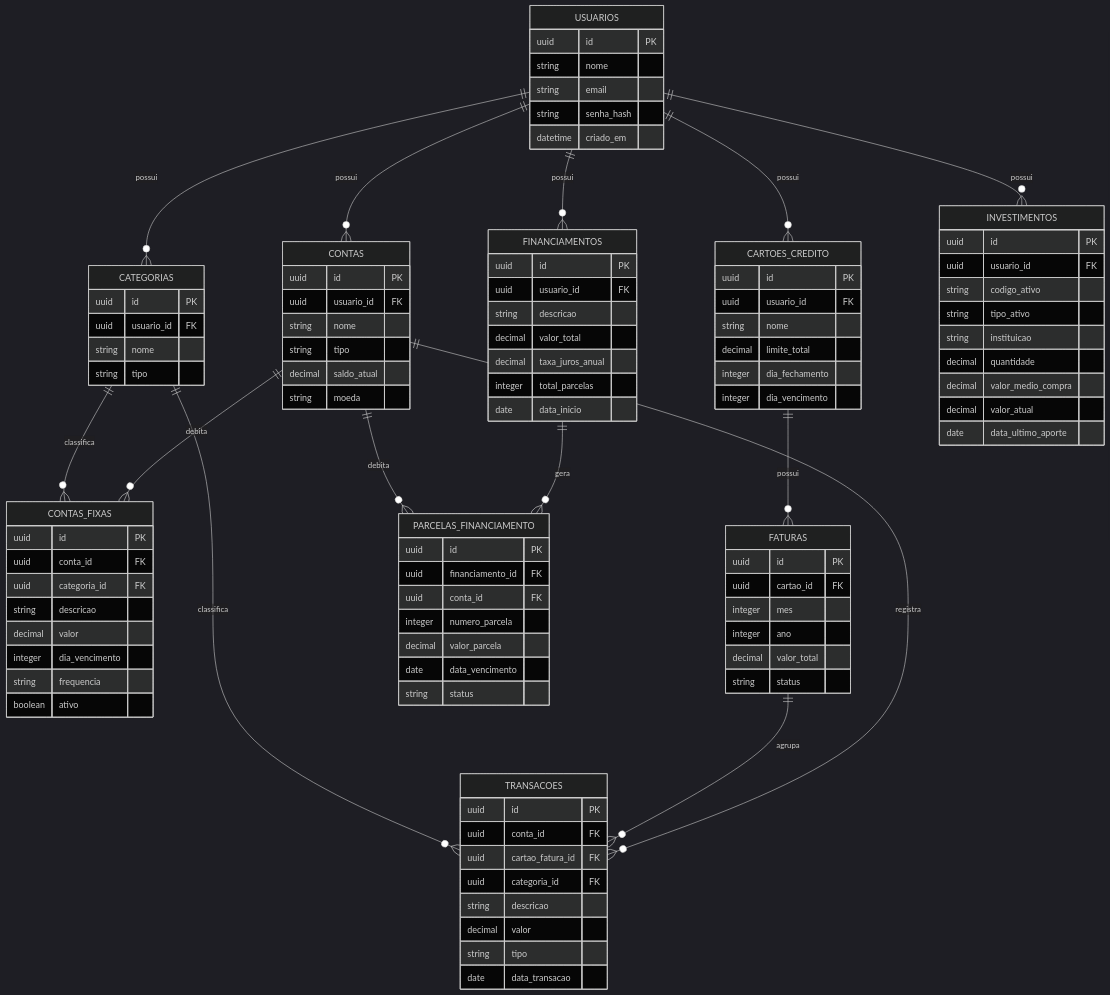
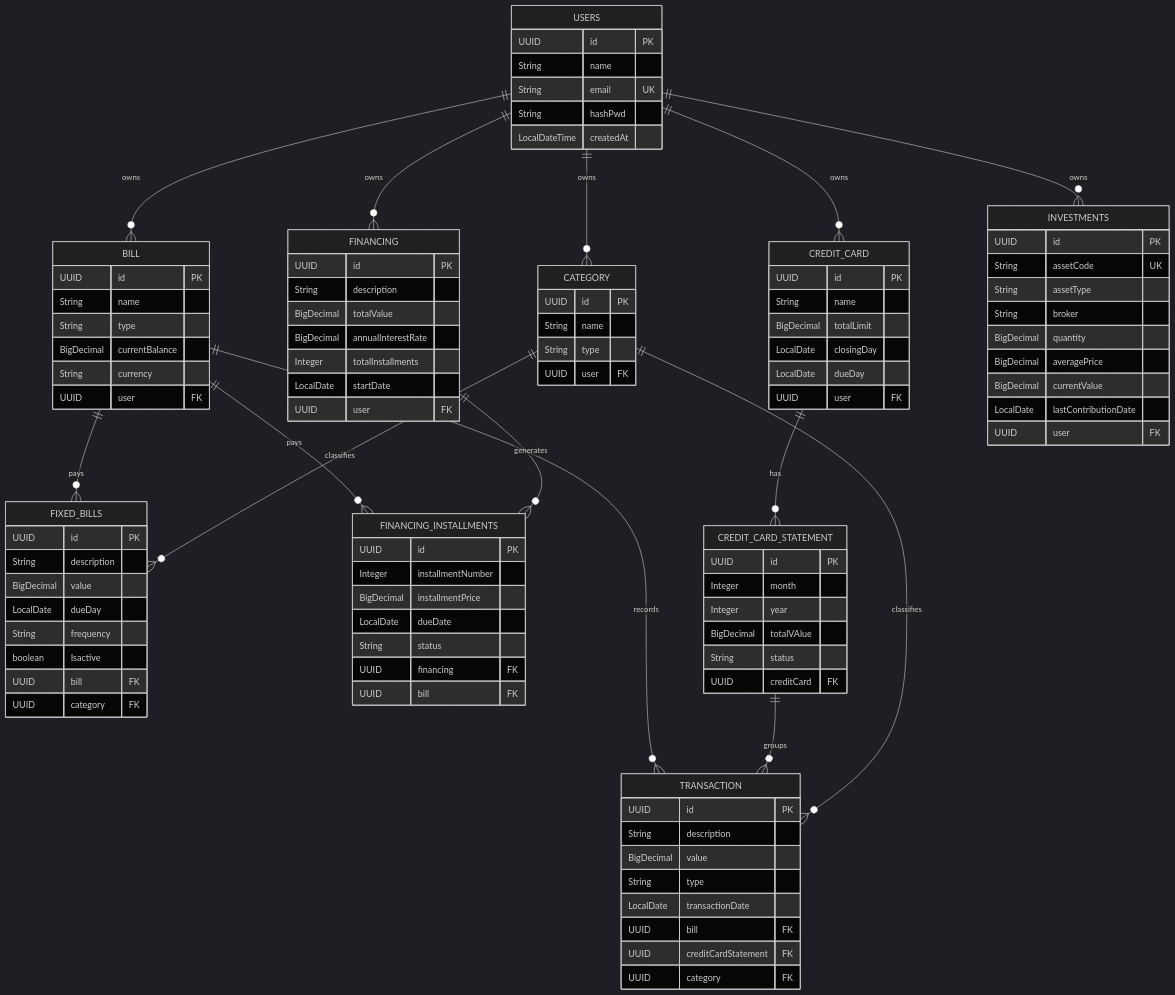
One commit to iamytz/Vaultify changed the diagram in README.md. Above: the diagram before and after it, drawn with Mermaid (dark theme).

````diff
--- a/README.md
+++ b/README.md
@@ -10,115 +9,116 @@
 ```mermaid
 erDiagram
-    USUARIOS ||--o{ CONTAS : possui
-    USUARIOS ||--o{ CARTOES_CREDITO : possui
-    USUARIOS ||--o{ CATEGORIAS : possui
-    USUARIOS ||--o{ FINANCIAMENTOS : possui
-    USUARIOS ||--o{ INVESTIMENTOS : possui
-    
-    CONTAS ||--o{ TRANSACOES : registra
-    CONTAS ||--o{ CONTAS_FIXAS : debita
-    CARTOES_CREDITO ||--o{ FATURAS : possui
-    
-    FATURAS ||--o{ TRANSACOES : agrupa
-    CATEGORIAS ||--o{ TRANSACOES : classifica
-    CATEGORIAS ||--o{ CONTAS_FIXAS : classifica
-    
-    FINANCIAMENTOS ||--o{ PARCELAS_FINANCIAMENTO : gera
-    CONTAS ||--o{ PARCELAS_FINANCIAMENTO : debita
+    USERS ||--o{ BILL : owns
+    USERS ||--o{ CREDIT_CARD : owns
+    USERS ||--o{ CATEGORY : owns
+    USERS ||--o{ FINANCING : owns
+    USERS ||--o{ INVESTMENTS : owns
 
-    USUARIOS {
-        uuid id PK
-        string nome
-        string email
-        string senha_hash
-        datetime criado_em
+    BILL ||--o{ TRANSACTION : records
+    BILL ||--o{ FIXED_BILLS : pays
+    BILL ||--o{ FINANCING_INSTALLMENTS : pays
+
+    CREDIT_CARD ||--o{ CREDIT_CARD_STATEMENT : has
+    CREDIT_CARD_STATEMENT ||--o{ TRANSACTION : groups
+
+    CATEGORY ||--o{ TRANSACTION : classifies
+    CATEGORY ||--o{ FIXED_BILLS : classifies
+
+    FINANCING ||--o{ FINANCING_INSTALLMENTS : generates
+
+    USERS {
+        UUID id PK
+        String name
+        String email UK
+        String hashPwd
+        LocalDateTime createdAt
     }
 
-    CONTAS {
-        uuid id PK
-        uuid usuario_id FK
-        string nome
-        string tipo
-        decimal saldo_atual
-        string moeda
+    BILL {
+        UUID id PK
+        String name
+        String type
+        BigDecimal currentBalance
+        String currency
+        UUID user FK
     }
 
-    CARTOES_CREDITO {
-        uuid id PK
-        uuid usuario_id FK
-        string nome
-        decimal limite_total
-        integer dia_fechamento
-        integer dia_vencimento
+    CREDIT_CARD {
+        UUID id PK
+        String name
+        BigDecimal totalLimit
+        LocalDate closingDay
+        LocalDate dueDay
+        UUID user FK
     }
 
-    FATURAS {
-        uuid id PK
-        uuid cartao_id FK
-        integer mes
-        integer ano
-        decimal valor_total
-        string status
+    CREDIT_CARD_STATEMENT {
+        UUID id PK
+        Integer month
+        Integer year
+        BigDecimal totalVAlue
+        String status
+        UUID creditCard FK
     }
 
-    CATEGORIAS {
-        uuid id PK
-        uuid usuario_id FK
-        string nome
-        string tipo
+    CATEGORY {
+        UUID id PK
+        String name
+        String type
+        UUID user FK
     }
 
-    TRANSACOES {
-        uuid id PK
-        uuid conta_id FK
-        uuid cartao_fatura_id FK
-        uuid categoria_id FK
-        string descricao
-        decimal valor
-        string tipo
-        date data_transacao
+    TRANSACTION {
+        UUID id PK
+        String description
+        BigDecimal value
+        String type
+        LocalDate transactionDate
+        UUID bill FK
+        UUID creditCardStatement FK
+        UUID category FK
     }
 
-    CONTAS_FIXAS {
-        uuid id PK
-        uuid conta_id FK
-        uuid categoria_id FK
-        string descricao
-        decimal valor
-        integer dia_vencimento
-        string frequencia
-        boolean ativo
+    FIXED_BILLS {
+        UUID id PK
+        String description
+        BigDecimal value
+        LocalDate dueDay
+        String frequency
+        boolean Isactive
+        UUID bill FK
+        UUID category FK
     }
 
-    FINANCIAMENTOS {
-        uuid id PK
-        uuid usuario_id FK
-        string descricao
-        decimal valor_total
-        decimal taxa_juros_anual
-        integer total_parcelas
-        date data_inicio
+    FINANCING {
+        UUID id PK
+        String description
+        BigDecimal totalValue
+        BigDecimal annualInterestRate
+        Integer totalInstallments
+        LocalDate startDate
+        UUID user FK
     }
 
-    PARCELAS_FINANCIAMENTO {
-        uuid id PK
-        uuid financiamento_id FK
-        uuid conta_id FK
-        integer numero_parcela
-        decimal valor_parcela
-        date data_vencimento
-        string status
+    FINANCING_INSTALLMENTS {
+        UUID id PK
+        Integer installmentNumber
+        BigDecimal installmentPrice
+        LocalDate dueDate
+        String status
+        UUID financing FK
+        UUID bill FK
     }
 
-    INVESTIMENTOS {
-        uuid id PK
-        uuid usuario_id FK
-        string codigo_ativo
-        string tipo_ativo
-        string instituicao
-        decimal quantidade
-        decimal valor_medio_compra
-        decimal valor_atual
-        date data_ultimo_aporte
+    INVESTMENTS {
+        UUID id PK
+        String assetCode UK
+        String assetType
+        String broker
+        BigDecimal quantity
+        BigDecimal averagePrice
+        BigDecimal currentValue
+        LocalDate lastContributionDate
+        UUID user FK
     }
 ```
````
